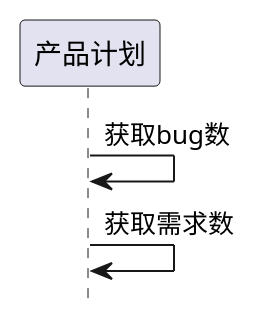
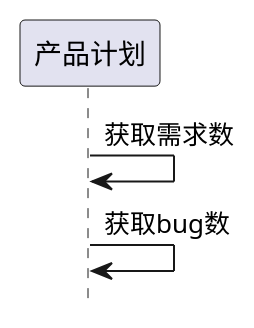
The fourth of 4 diagrams in ibizpms-docs/src/main/doc/v1/module/zentao/ProductPlan_old.md (zj335841911/nt_chandao), drawn with PlantUML before and after one commit. The commit also changed other lines of this file and 2125 other files, not shown here.

```diff
--- a/ibizpms-docs/src/main/doc/v1/module/zentao/ProductPlan_old.md
+++ b/ibizpms-docs/src/main/doc/v1/module/zentao/ProductPlan_old.md
@@ -148,6 +148,6 @@
 {% plantuml %}
 hide footbox
 
+产品计划 -> 产品计划: 获取需求数
 产品计划 -> 产品计划: 获取bug数
-产品计划 -> 产品计划: 获取需求数
 {% endplantuml %}
```
